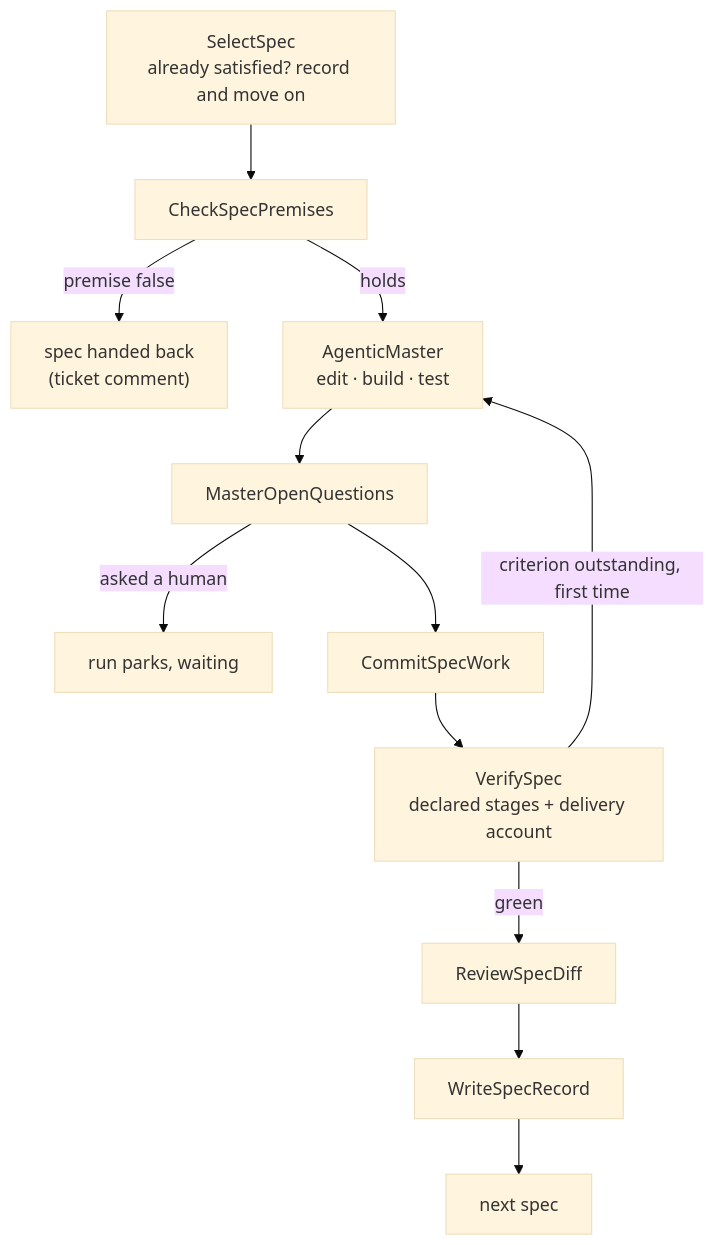
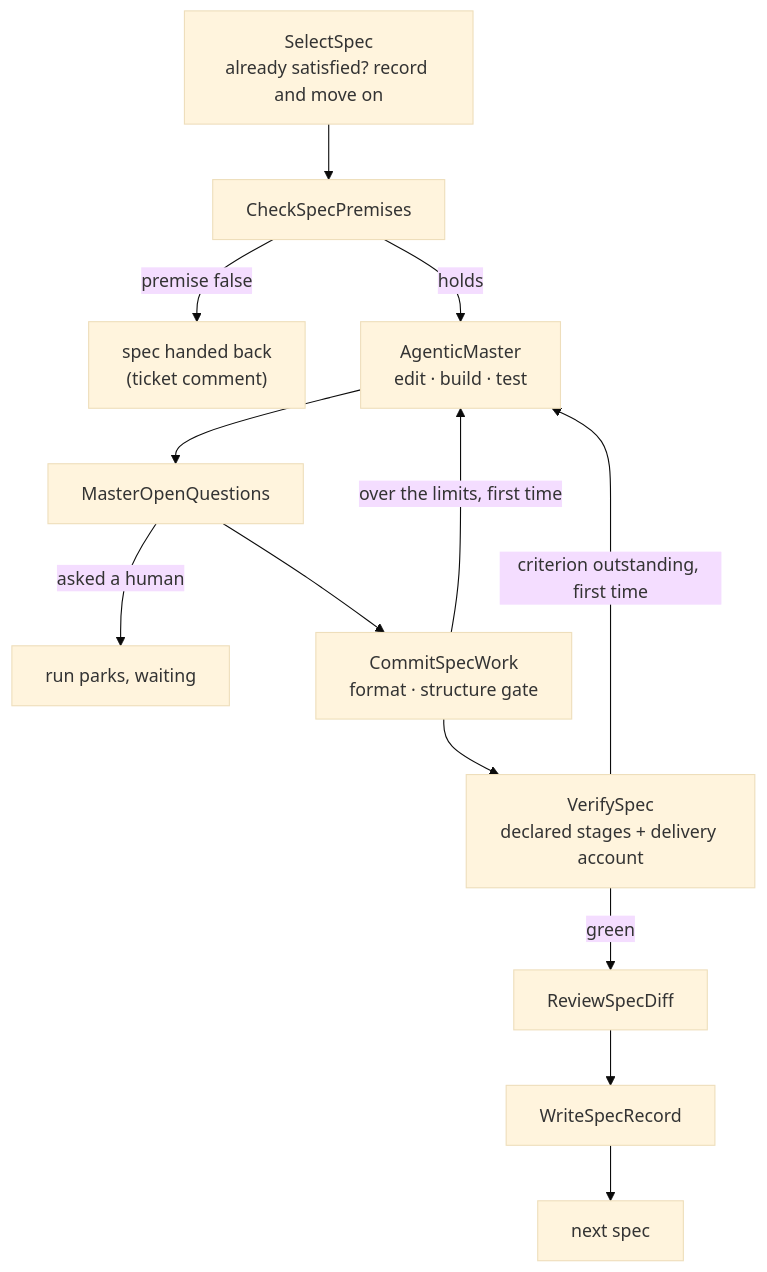
The diagram in docs/how-it-works/lifecycle.md (holgerleichsenring/agent-smith), drawn with Mermaid (base theme) before and after one commit. The commit also changed other lines of this file and 43 other files, not shown here.

````diff
--- a/docs/how-it-works/lifecycle.md
+++ b/docs/how-it-works/lifecycle.md
@@ -25,14 +27,15 @@
 ```mermaid
 graph TD
     Select["SelectSpec<br/>already satisfied? record and move on"] --> Premises[CheckSpecPremises]
     Premises -->|premise false| Handback["spec handed back<br/>(ticket comment)"]
     Premises -->|holds| Master["AgenticMaster<br/>edit · build · test"]
     Master --> Questions[MasterOpenQuestions]
     Questions -->|asked a human| Park["run parks, waiting"]
-    Questions --> Commit[CommitSpecWork]
+    Questions --> Commit["CommitSpecWork<br/>format · structure gate"]
+    Commit -->|over the limits, first time| Master
     Commit --> Verify["VerifySpec<br/>declared stages + delivery account"]
     Verify -->|criterion outstanding, first time| Master
     Verify -->|green| Review[ReviewSpecDiff]
     Review --> Record[WriteSpecRecord]
     Record --> Next[next spec]
 ```
````
